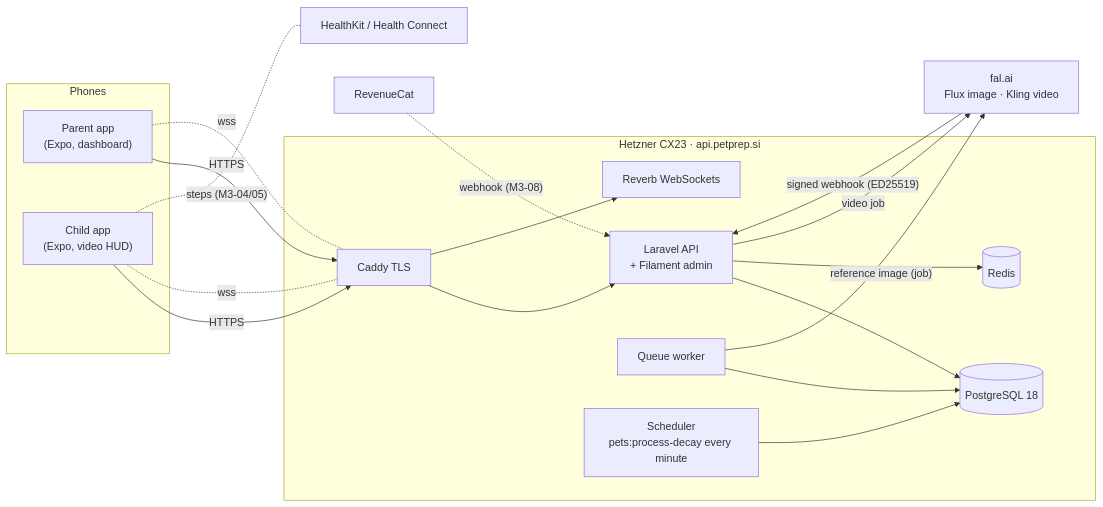
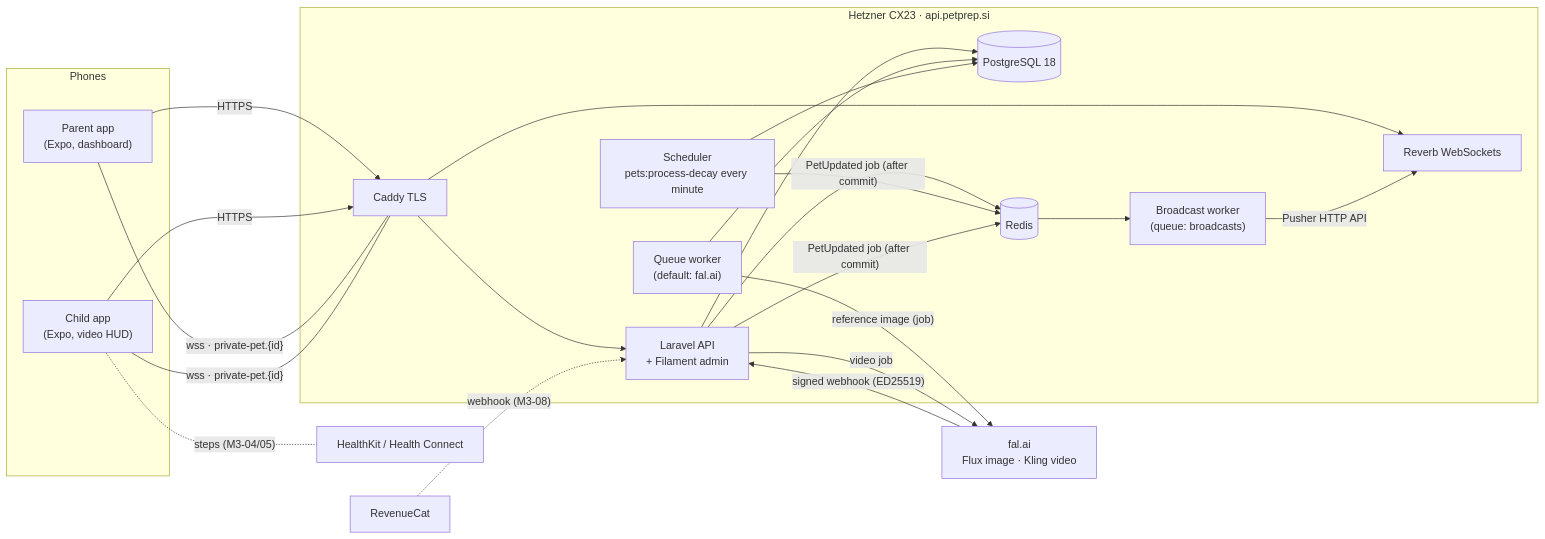
The first of 11 diagrams in docs/engineering/DIAGRAMS.md (DataVallis/pet-prep), drawn with Mermaid before and after one commit. The commit also changed other lines of this file and 37 other files, not shown here.

````diff
--- a/docs/engineering/DIAGRAMS.md
+++ b/docs/engineering/DIAGRAMS.md
@@ -9,34 +9,39 @@
 ```mermaid
 flowchart LR
   subgraph Phones
     P["Parent app<br/>(Expo, dashboard)"]
     C["Child app<br/>(Expo, video HUD)"]
   end
   subgraph Hetzner["Hetzner CX23 · api.petprep.si"]
     CAD[Caddy TLS]
     APP["Laravel API<br/>+ Filament admin"]
     REV[Reverb WebSockets]
-    Q[Queue worker]
+    Q["Queue worker<br/>(default: fal.ai)"]
+    QB["Broadcast worker<br/>(queue: broadcasts)"]
     S["Scheduler<br/>pets:process-decay every minute"]
     PG[(PostgreSQL 18)]
     R[(Redis)]
   end
   FAL["fal.ai<br/>Flux image · Kling video"]
   RC[RevenueCat]
   HK["HealthKit / Health Connect"]
   P -- HTTPS --> CAD
   C -- HTTPS --> CAD
-  P -. wss .- CAD
-  C -. wss .- CAD
+  P -- "wss · private-pet.{id}" --- CAD
+  C -- "wss · private-pet.{id}" --- CAD
   CAD --> APP
   CAD --> REV
   APP --> PG
   APP --> R
   Q --> PG
   S --> PG
+  S -- "PetUpdated job (after commit)" --> R
+  APP -- "PetUpdated job (after commit)" --> R
+  R --> QB
+  QB -- "Pusher HTTP API" --> REV
   Q -- "reference image (job)" --> FAL
   APP -- "video job" --> FAL
   FAL -- "signed webhook (ED25519)" --> APP
   RC -. "webhook (M3-08)" .-> APP
   C -. "steps (M3-04/05)" .- HK
 ```
````
